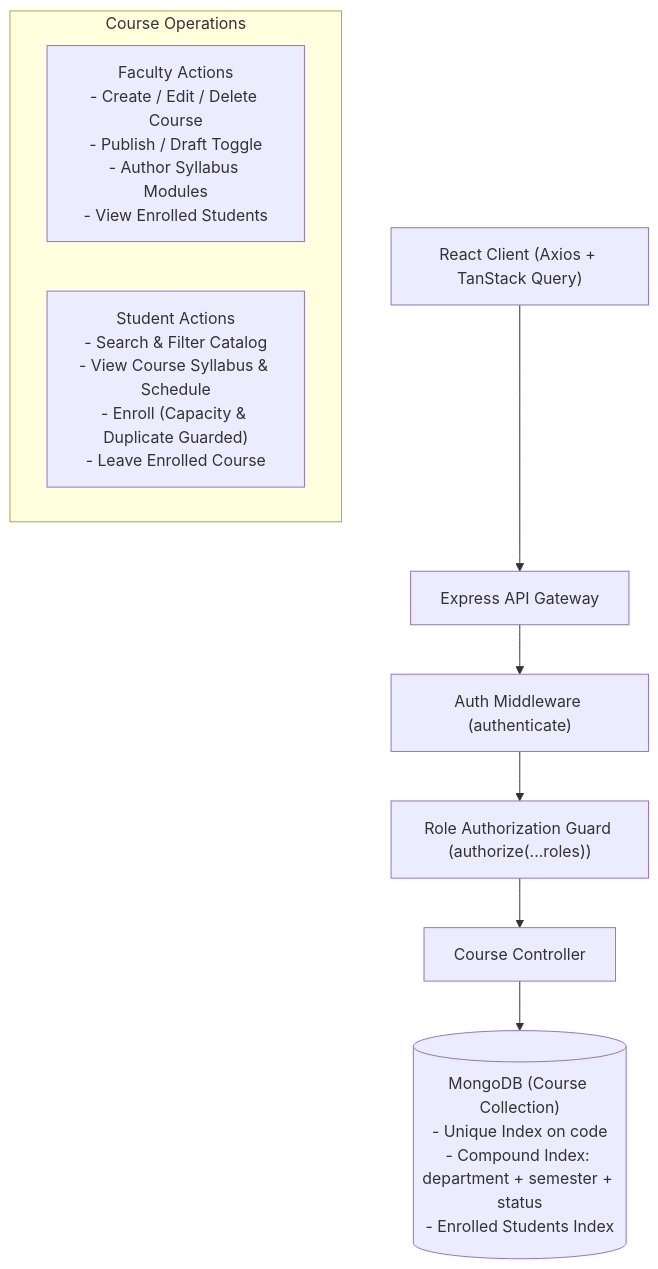
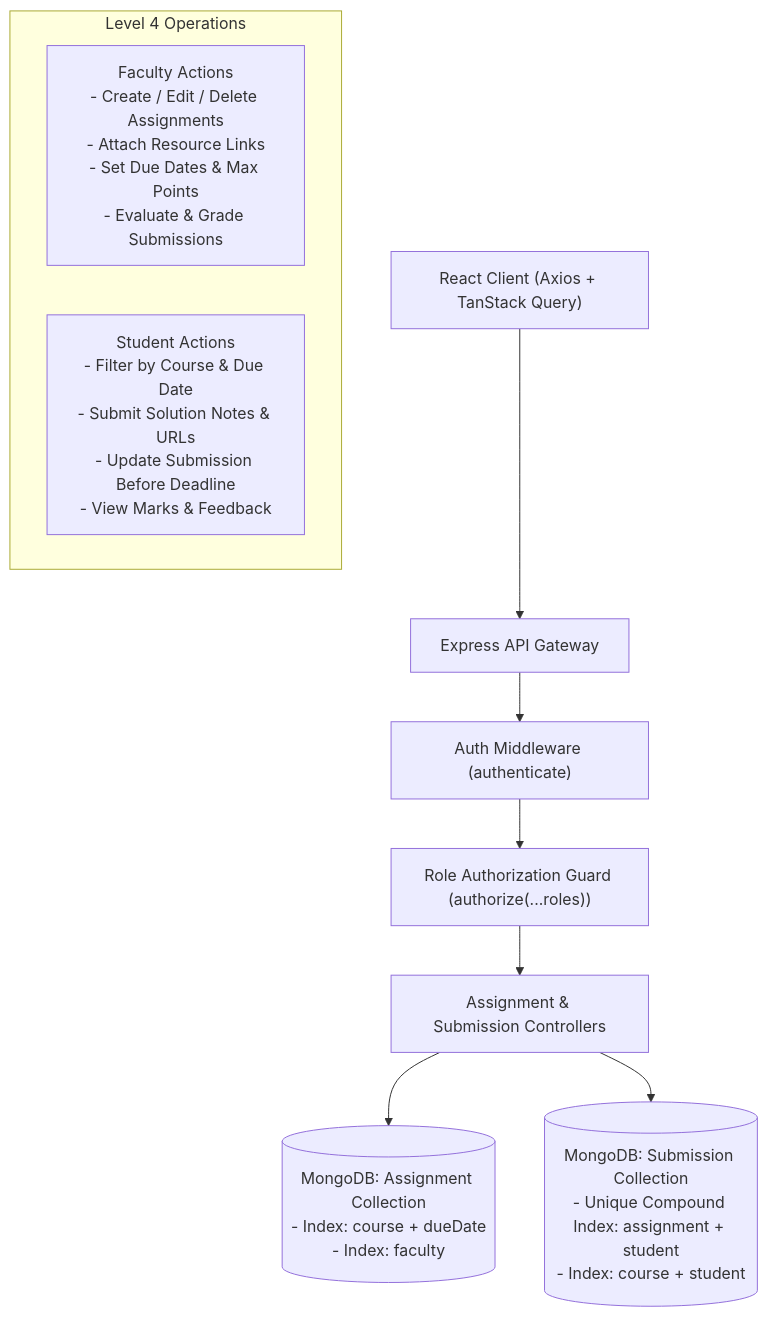
One commit to kubervaidya24-max/CAMPUSFLOW changed the first of 5 diagrams in docs/architecture.md. Above: the diagram before and after it, drawn with Mermaid. The commit also changed other lines of this file and 19 other files, not shown here.

Commit message:
feat: implement assignment submission and grading system

````diff
--- a/docs/architecture.md
+++ b/docs/architecture.md
@@ -11,16 +11,17 @@
 ```mermaid
 graph TD
     Client["React Client (Axios + TanStack Query)"] --> Gateway["Express API Gateway"]
     
     Gateway --> AuthMiddleware["Auth Middleware (authenticate)"]
     AuthMiddleware --> RoleGuard["Role Authorization Guard (authorize(...roles))"]
     
-    RoleGuard --> CourseCtrl["Course Controller"]
+    RoleGuard --> AssignmentCtrl["Assignment & Submission Controllers"]
     
-    subgraph Operations ["Course Operations"]
-        FacultyOps["Faculty Actions<br/>- Create / Edit / Delete Course<br/>- Publish / Draft Toggle<br/>- Author Syllabus Modules<br/>- View Enrolled Students"]
-        StudentOps["Student Actions<br/>- Search & Filter Catalog<br/>- View Course Syllabus & Schedule<br/>- Enroll (Capacity & Duplicate Guarded)<br/>- Leave Enrolled Course"]
+    subgraph Operations ["Level 4 Operations"]
+        FacultyOps["Faculty Actions<br/>- Create / Edit / Delete Assignments<br/>- Attach Resource Links<br/>- Set Due Dates & Max Points<br/>- Evaluate & Grade Submissions"]
+        StudentOps["Student Actions<br/>- Filter by Course & Due Date<br/>- Submit Solution Notes & URLs<br/>- Update Submission Before Deadline<br/>- View Marks & Feedback"]
     end
     
-    CourseCtrl --> CourseModel[("MongoDB (Course Collection)<br/>- Unique Index on code<br/>- Compound Index: department + semester + status<br/>- Enrolled Students Index")]
+    AssignmentCtrl --> AssignmentModel[("MongoDB: Assignment Collection<br/>- Index: course + dueDate<br/>- Index: faculty")]
+    AssignmentCtrl --> SubmissionModel[("MongoDB: Submission Collection<br/>- Unique Compound Index: assignment + student<br/>- Index: course + student")]
 ```
````
